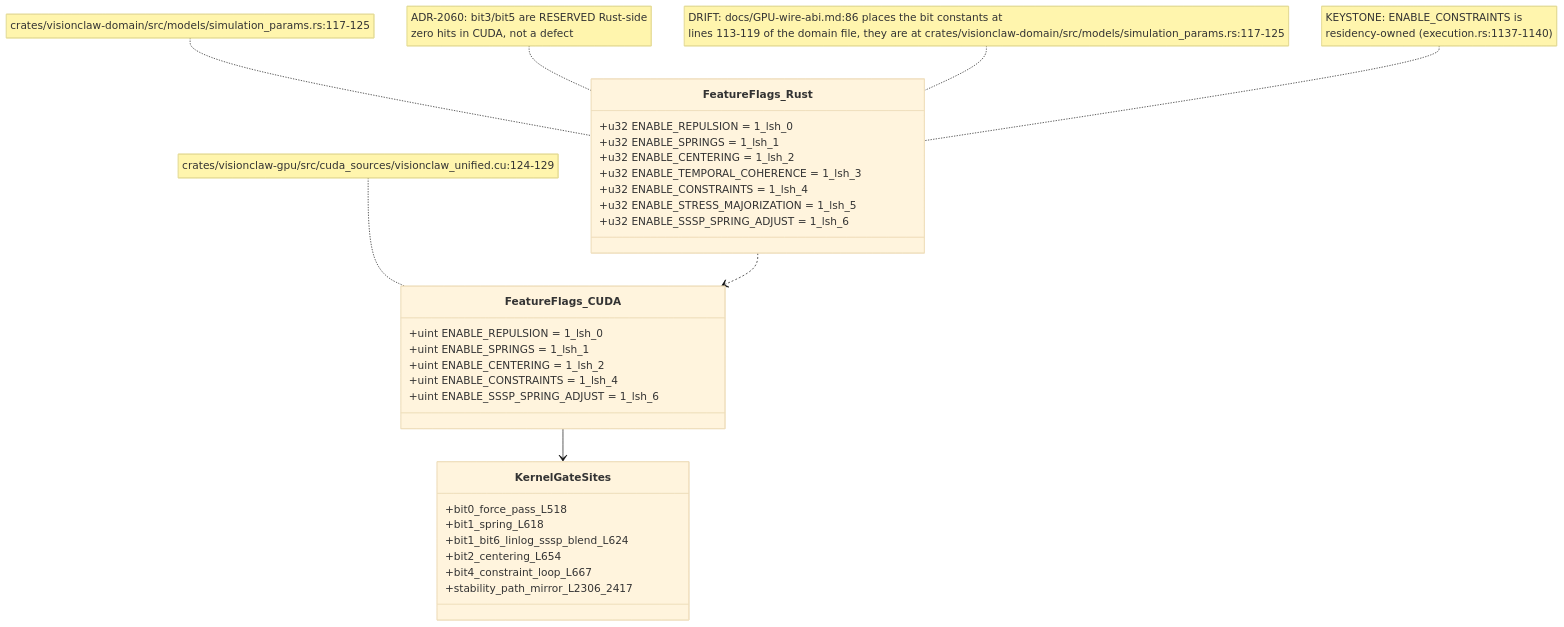
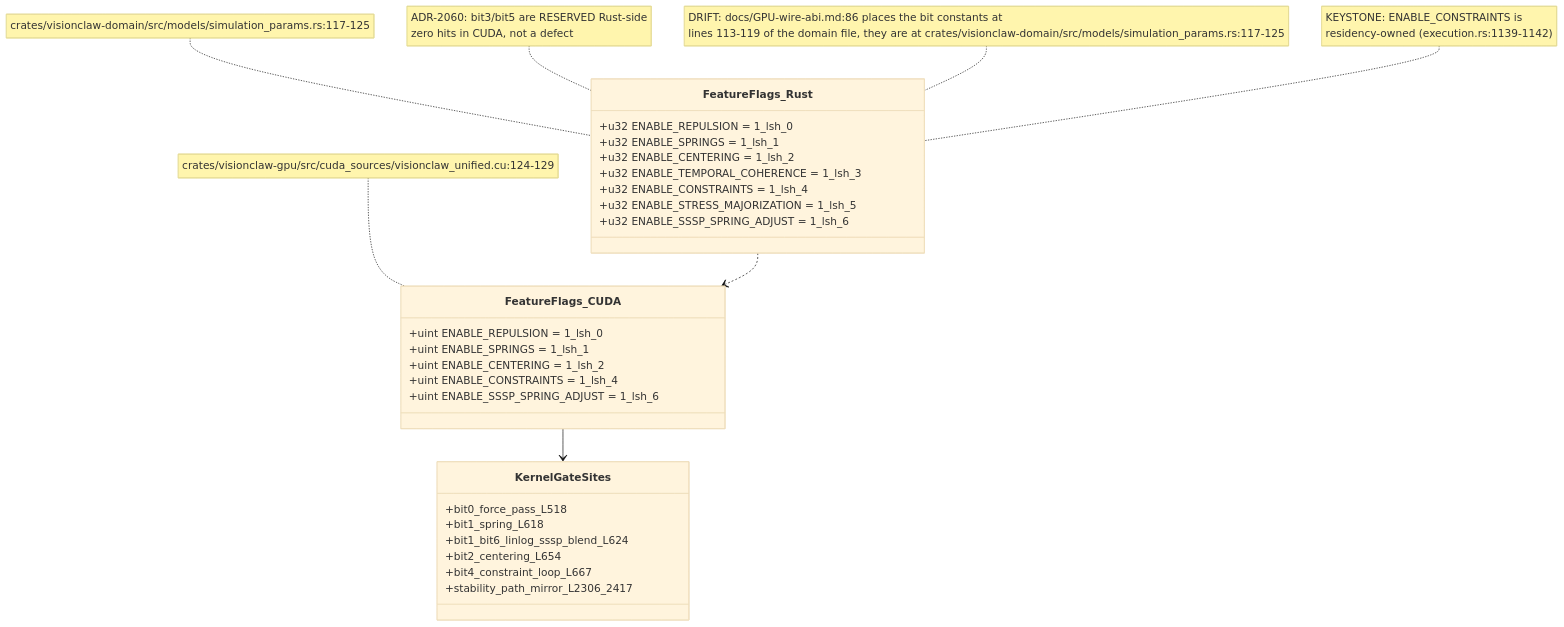
The second of 7 diagrams in docs/diagrams/visionclaw/12-simparams-abi-and-ptx.md (DreamLab-AI/VisionFlow), drawn with Mermaid (base theme) before and after one commit. The commit also changed other lines of this file and 7 other files, not shown here.

First line of the commit message:
diagrams(visionclaw): re-verify VC-09..VC-16 at visionclaw 4900ec60

````diff
--- a/docs/diagrams/visionclaw/12-simparams-abi-and-ptx.md
+++ b/docs/diagrams/visionclaw/12-simparams-abi-and-ptx.md
@@ -124,34 +124,34 @@
 ```mermaid
 classDiagram
     class FeatureFlags_Rust {
         +u32 ENABLE_REPULSION = 1_lsh_0
         +u32 ENABLE_SPRINGS = 1_lsh_1
         +u32 ENABLE_CENTERING = 1_lsh_2
         +u32 ENABLE_TEMPORAL_COHERENCE = 1_lsh_3
         +u32 ENABLE_CONSTRAINTS = 1_lsh_4
         +u32 ENABLE_STRESS_MAJORIZATION = 1_lsh_5
         +u32 ENABLE_SSSP_SPRING_ADJUST = 1_lsh_6
     }
     class FeatureFlags_CUDA {
         +uint ENABLE_REPULSION = 1_lsh_0
         +uint ENABLE_SPRINGS = 1_lsh_1
         +uint ENABLE_CENTERING = 1_lsh_2
         +uint ENABLE_CONSTRAINTS = 1_lsh_4
         +uint ENABLE_SSSP_SPRING_ADJUST = 1_lsh_6
     }
     class KernelGateSites {
         +bit0_force_pass_L518
         +bit1_spring_L618
         +bit1_bit6_linlog_sssp_blend_L624
         +bit2_centering_L654
         +bit4_constraint_loop_L667
         +stability_path_mirror_L2306_2417
     }
     FeatureFlags_Rust ..> FeatureFlags_CUDA
     FeatureFlags_CUDA --> KernelGateSites
     note for FeatureFlags_Rust "crates/visionclaw-domain/src/models/simulation_params.rs:117-125"
     note for FeatureFlags_CUDA "crates/visionclaw-gpu/src/cuda_sources/visionclaw_unified.cu:124-129"
     note for FeatureFlags_Rust "ADR-2060: bit3/bit5 are RESERVED Rust-side<br/>zero hits in CUDA, not a defect"
     note for FeatureFlags_Rust "DRIFT: docs/GPU-wire-abi.md:86 places the bit constants at<br/>lines 113-119 of the domain file, they are at crates/visionclaw-domain/src/models/simulation_params.rs:117-125"
-    note for FeatureFlags_Rust "KEYSTONE: ENABLE_CONSTRAINTS is<br/>residency-owned (execution.rs:1137-1140)"
+    note for FeatureFlags_Rust "KEYSTONE: ENABLE_CONSTRAINTS is<br/>residency-owned (execution.rs:1139-1142)"
 ```
````
